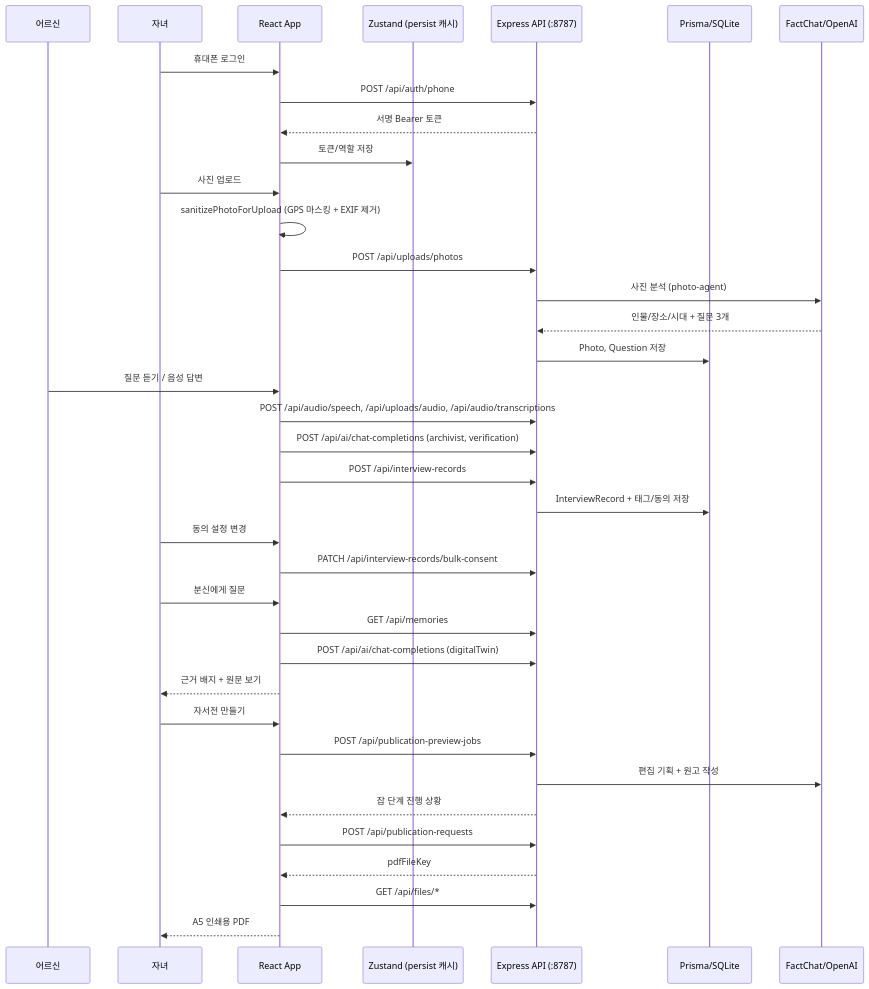
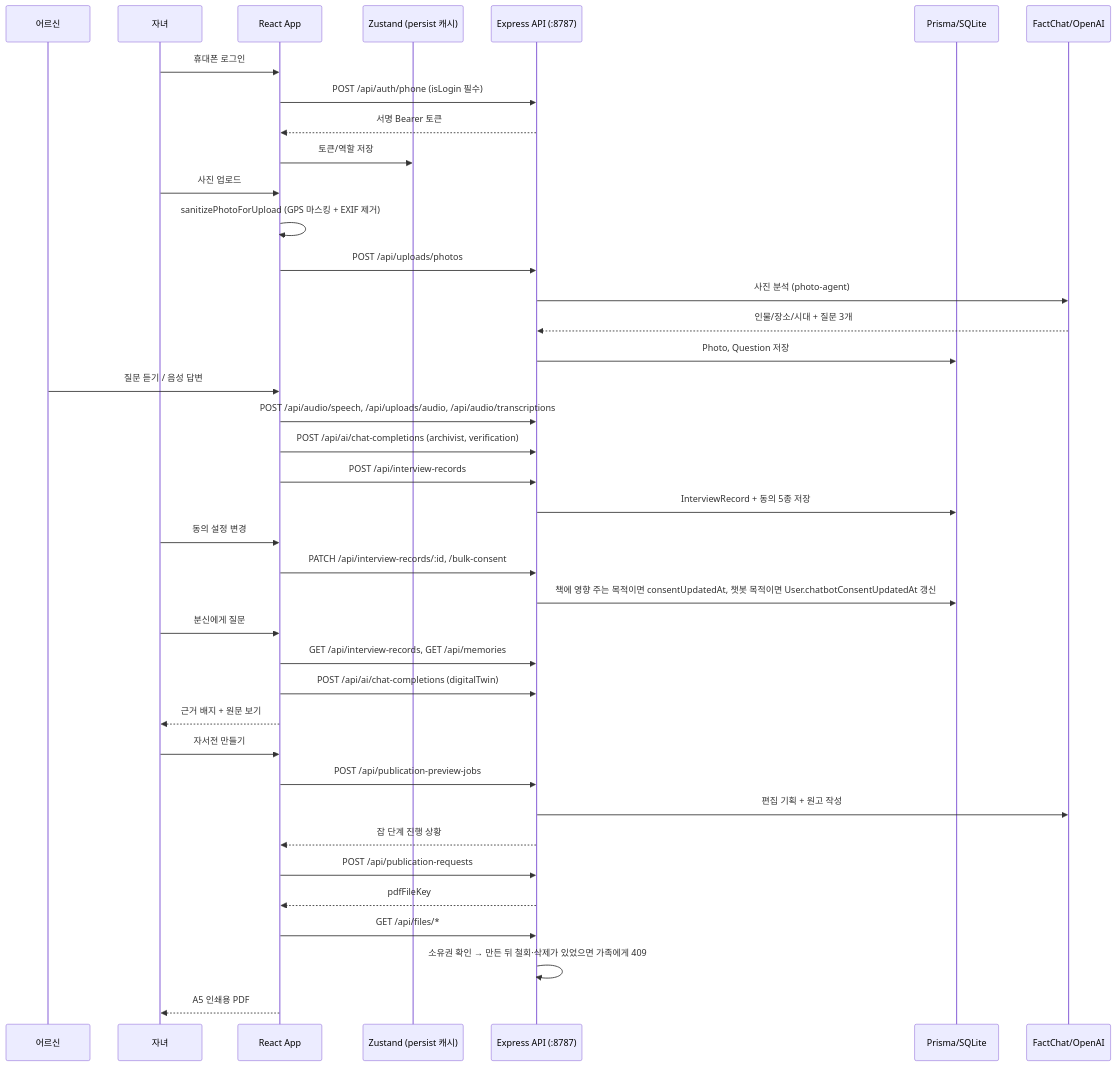
The second of 4 diagrams in docs/technical-architecture.md (moondh99/dearlog), drawn with Mermaid before and after one commit. The commit also changed other lines of this file and 2 other files, not shown here.

````diff
--- a/docs/technical-architecture.md
+++ b/docs/technical-architecture.md
@@ -56,40 +59,42 @@
 ```mermaid
 sequenceDiagram
   participant Parent as 어르신
   participant Child as 자녀
   participant App as React App
   participant Store as Zustand (persist 캐시)
   participant API as Express API (:8787)
   participant DB as Prisma/SQLite
   participant AI as FactChat/OpenAI
 
   Child->>App: 휴대폰 로그인
-  App->>API: POST /api/auth/phone
+  App->>API: POST /api/auth/phone (isLogin 필수)
   API-->>App: 서명 Bearer 토큰
   App->>Store: 토큰/역할 저장
   Child->>App: 사진 업로드
   App->>App: sanitizePhotoForUpload (GPS 마스킹 + EXIF 제거)
   App->>API: POST /api/uploads/photos
   API->>AI: 사진 분석 (photo-agent)
   AI-->>API: 인물/장소/시대 + 질문 3개
   API->>DB: Photo, Question 저장
   Parent->>App: 질문 듣기 / 음성 답변
   App->>API: POST /api/audio/speech, /api/uploads/audio, /api/audio/transcriptions
   App->>API: POST /api/ai/chat-completions (archivist, verification)
   App->>API: POST /api/interview-records
-  API->>DB: InterviewRecord + 태그/동의 저장
+  API->>DB: InterviewRecord + 동의 5종 저장
   Child->>App: 동의 설정 변경
-  App->>API: PATCH /api/interview-records/bulk-consent
+  App->>API: PATCH /api/interview-records/:id, /bulk-consent
+  API->>DB: 책에 영향 주는 목적이면 consentUpdatedAt, 챗봇 목적이면 User.chatbotConsentUpdatedAt 갱신
   Child->>App: 분신에게 질문
-  App->>API: GET /api/memories
+  App->>API: GET /api/interview-records, GET /api/memories
   App->>API: POST /api/ai/chat-completions (digitalTwin)
   App-->>Child: 근거 배지 + 원문 보기
   Child->>App: 자서전 만들기
   App->>API: POST /api/publication-preview-jobs
   API->>AI: 편집 기획 + 원고 작성
   API-->>App: 잡 단계 진행 상황
   App->>API: POST /api/publication-requests
   API-->>App: pdfFileKey
   App->>API: GET /api/files/*
+  API->>API: 소유권 확인 → 만든 뒤 철회·삭제가 있었으면 가족에게 409
   App-->>Child: A5 인쇄용 PDF
 ```
````
